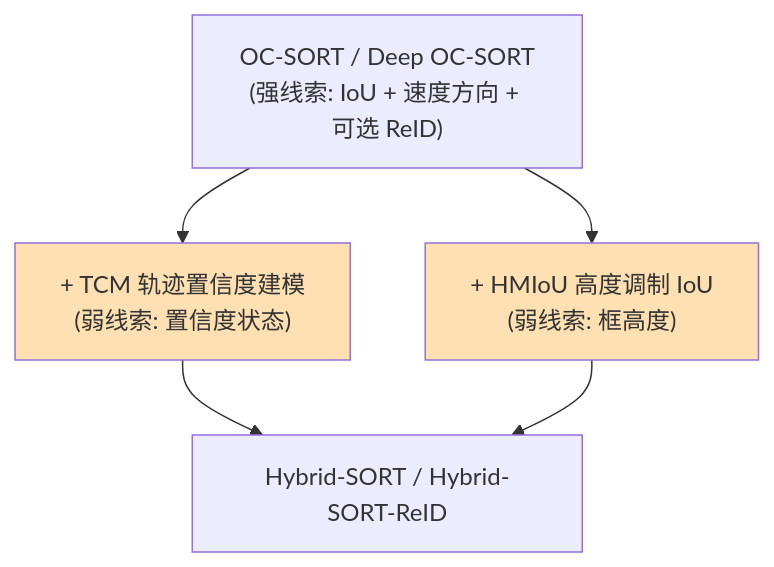
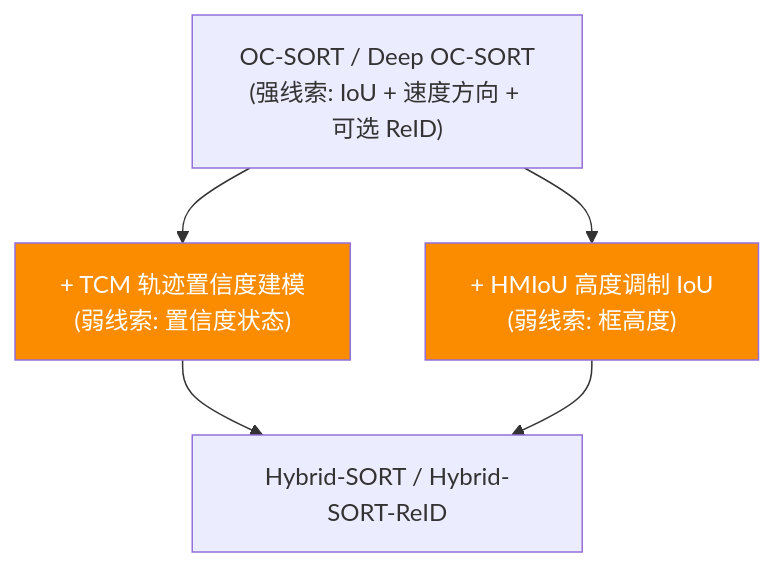
Before and after one commit to yyq19990828/onnxtools: the first of 4 diagrams in docs/guides/tracking/hybrid-sort.md, drawn with Mermaid. The commit also changed 12 other files, not shown here.

First line of the commit message:
fix(docs): 修复 mermaid 暗色模式配色 + 语法报错 + 数学公式渲染

````diff
--- a/docs/guides/tracking/hybrid-sort.md
+++ b/docs/guides/tracking/hybrid-sort.md
@@ -11,10 +11,10 @@
 ```mermaid
 graph TD
     BASE["OC-SORT / Deep OC-SORT<br/>(强线索: IoU + 速度方向 + 可选 ReID)"]
     BASE --> TCM["+ TCM 轨迹置信度建模<br/>(弱线索: 置信度状态)"]
     BASE --> HMIOU["+ HMIoU 高度调制 IoU<br/>(弱线索: 框高度)"]
     TCM --> OUT["Hybrid-SORT / Hybrid-SORT-ReID"]
     HMIOU --> OUT
-    style TCM fill:#ffe0b2
-    style HMIOU fill:#ffe0b2
+    style TCM fill:#fb8c00,color:#fff
+    style HMIOU fill:#fb8c00,color:#fff
 ```
````
